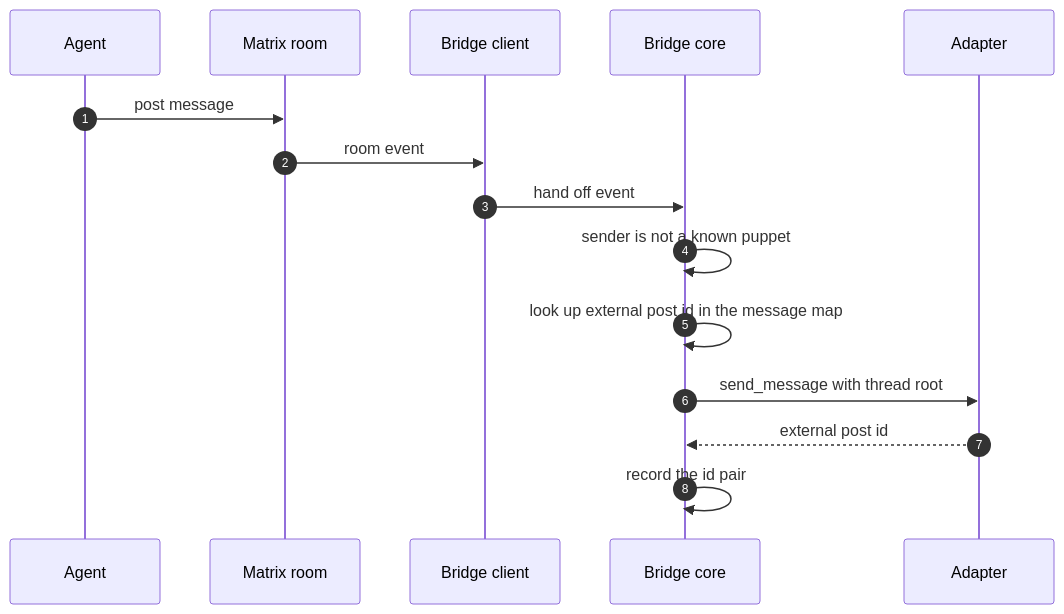
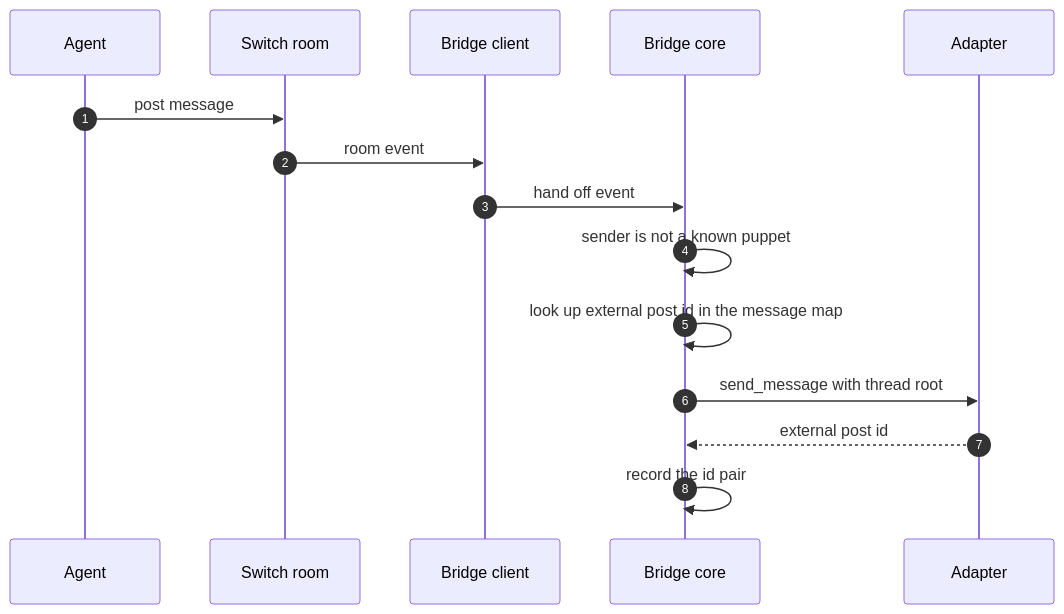
Before and after one commit to Chris-Willis/switch: the second of 2 diagrams in docs/official/internals/collaboration-bridge.md, drawn with Mermaid. The commit also changed other lines of this file and 46 other files, not shown here.

First line of the commit message:
Stop describing Matrix as Switch's message bus in docs, Helm and comments

````diff
--- a/docs/official/internals/collaboration-bridge.md
+++ b/docs/official/internals/collaboration-bridge.md
@@ -193,18 +193,18 @@
 ```mermaid
 %%{init: {'themeVariables': {'fontSize': '13px'}}}%%
 sequenceDiagram
   autonumber
   participant G as Agent
-  participant M as Matrix room
+  participant R as Switch room
   participant C as Bridge client
   participant B as Bridge core
   participant A as Adapter
-  G->>M: post message
-  M->>C: room event
+  G->>R: post message
+  R->>C: room event
   C->>B: hand off event
   B->>B: sender is not a known puppet
   B->>B: look up external post id in the message map
   B->>A: send_message with thread root
   A-->>B: external post id
   B->>B: record the id pair
 ```
````
